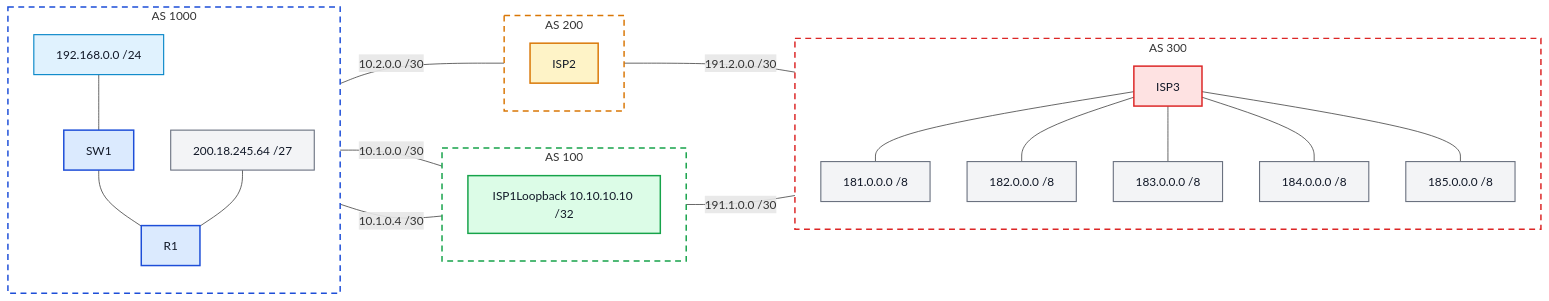
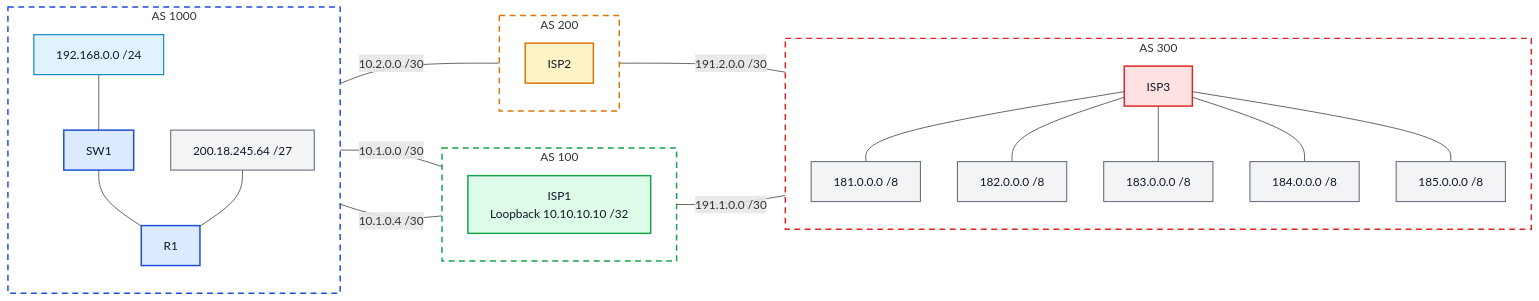
One commit to oficialvzi/PTR changed the diagram in labs/lab08.md. Above: the diagram before and after it, drawn with Mermaid. The commit also changed other lines of this file and 14 other files, not shown here.

````diff
--- a/labs/lab08.md
+++ b/labs/lab08.md
@@ -65,71 +96,71 @@
 ```mermaid
 flowchart LR
     %% ===== AS 1000 =====
     subgraph AS1000["AS 1000"]
         direction TB
         PFX1["200.18.245.64 /27"]
         SW1["SW1"]
         LAN1["192.168.0.0 /24"]
         R1["R1"]
 
         LAN1 --- SW1
         SW1 --- R1
         PFX1 --- R1
     end
 
     %% ===== AS 100 =====
     subgraph AS100["AS 100"]
         direction TB
-        ISP1["ISP1Loopback 10.10.10.10 /32"]
+        ISP1["ISP1<br/>Loopback 10.10.10.10 /32"]
     end
 
     %% ===== AS 200 =====
     subgraph AS200["AS 200"]
         direction TB
         ISP2["ISP2"]
     end
 
     %% ===== AS 300 =====
     subgraph AS300["AS 300"]
         direction TB
         ISP3["ISP3"]
         P181["181.0.0.0 /8"]
         P182["182.0.0.0 /8"]
         P183["183.0.0.0 /8"]
         P184["184.0.0.0 /8"]
         P185["185.0.0.0 /8"]
 
         ISP3 --- P181
         ISP3 --- P182
         ISP3 --- P183
         ISP3 --- P184
         ISP3 --- P185
     end
 
     %% ===== Links =====
     R1 ---|10.1.0.0 /30| ISP1
     R1 ---|10.1.0.4 /30| ISP1
     R1 ---|10.2.0.0 /30| ISP2
     ISP1 ---|191.1.0.0 /30| ISP3
     ISP2 ---|191.2.0.0 /30| ISP3
 
     %% ===== Classes =====
     classDef empresa fill:#dbeafe,stroke:#1d4ed8,color:#111827,stroke-width:2px;
     classDef isp1 fill:#dcfce7,stroke:#16a34a,color:#111827,stroke-width:2px;
     classDef isp2 fill:#fef3c7,stroke:#d97706,color:#111827,stroke-width:2px;
     classDef isp3 fill:#fee2e2,stroke:#dc2626,color:#111827,stroke-width:2px;
     classDef prefixo fill:#f3f4f6,stroke:#6b7280,color:#111827,stroke-width:1.5px;
     classDef lan fill:#e0f2fe,stroke:#0284c7,color:#111827,stroke-width:1.5px;
 
     class R1,SW1 empresa;
     class ISP1 isp1;
     class ISP2 isp2;
     class ISP3 isp3;
     class PFX1,P181,P182,P183,P184,P185 prefixo;
     class LAN1 lan;
 
     style AS1000 fill:transparent,stroke:#1d4ed8,stroke-width:2px,stroke-dasharray: 8 6
     style AS100 fill:transparent,stroke:#16a34a,stroke-width:2px,stroke-dasharray: 8 6
     style AS200 fill:transparent,stroke:#d97706,stroke-width:2px,stroke-dasharray: 8 6
     style AS300 fill:transparent,stroke:#dc2626,stroke-width:2px,stroke-dasharray: 8 6
 ```
````
